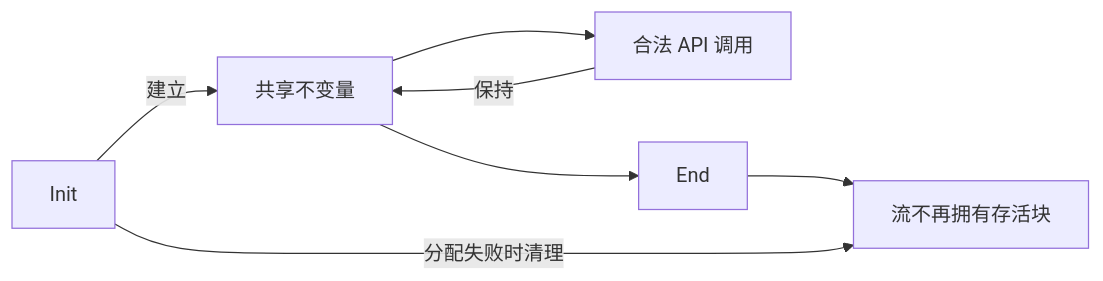
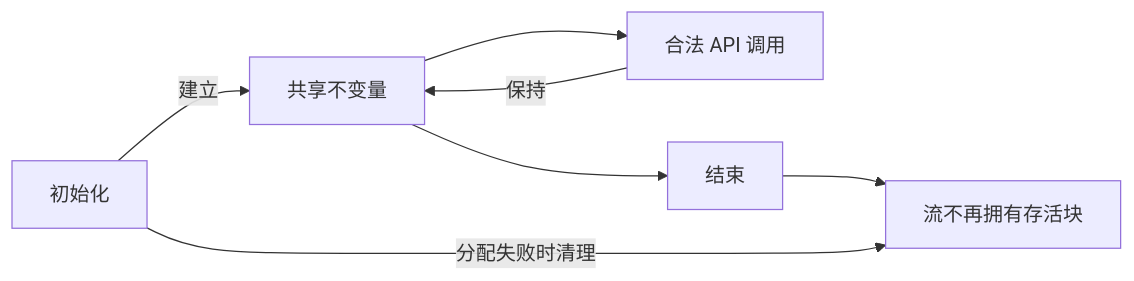
Before and after one commit to cla7aye15I4nd/zlib-f: the diagram in docs/spec/safety.zh.md, drawn with Mermaid. The commit also changed other lines of this file and 237 other files, not shown here.

````diff
--- a/docs/spec/safety.zh.md
+++ b/docs/spec/safety.zh.md
@@ -52,9 +54,9 @@
 ```mermaid
 flowchart LR
-    I[Init] -->|建立| V[共享不变量]
+    I[初始化] -->|建立| V[共享不变量]
     V --> A[合法 API 调用]
     A -->|保持| V
-    V --> E[End]
+    V --> E[结束]
     E --> Z[流不再拥有存活块]
     I -->|分配失败时清理| Z
 ```
````
